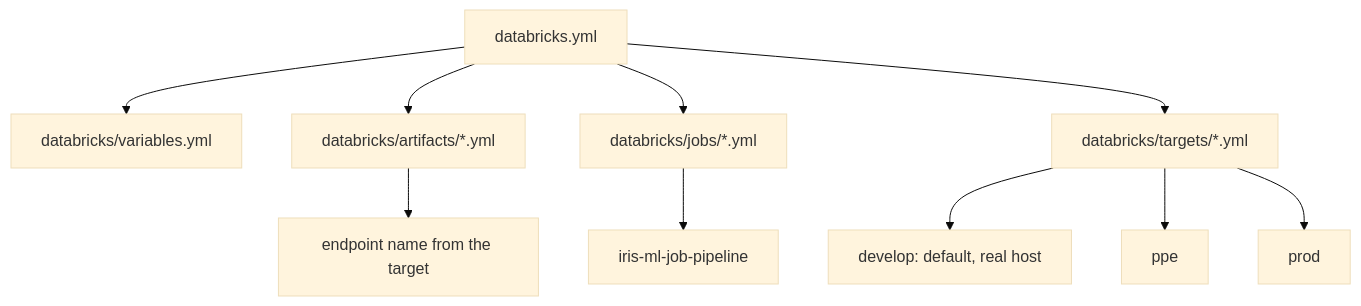
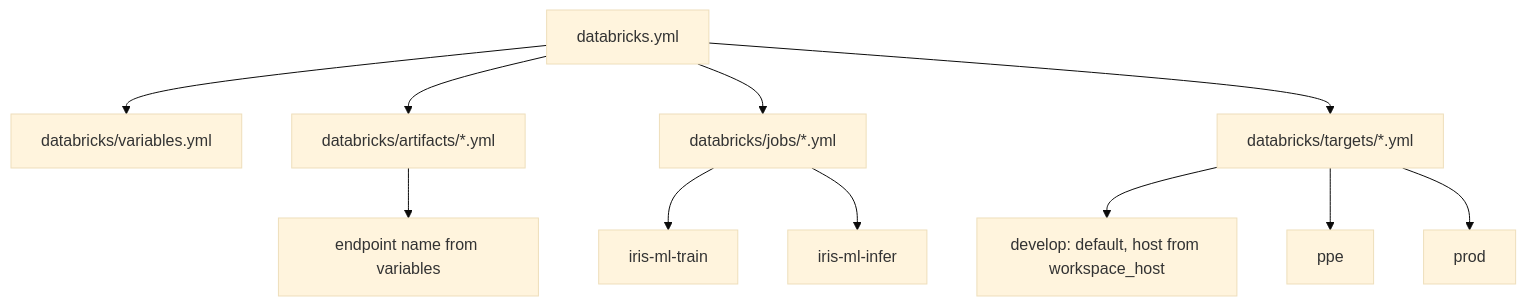
Before and after one commit to akumawavez/iris-ml-prod-test: the first of 4 diagrams in docs/guides/eli25-databricks-productionalisation.md, drawn with Mermaid (base theme). The commit also changed other lines of this file and 20 other files, not shown here.

````diff
--- a/docs/guides/eli25-databricks-productionalisation.md
+++ b/docs/guides/eli25-databricks-productionalisation.md
@@ -37,12 +39,13 @@
 ```mermaid
 flowchart TD
   root["databricks.yml"] --> variables["databricks/variables.yml"]
   root --> artifacts["databricks/artifacts/*.yml"]
   root --> jobs["databricks/jobs/*.yml"]
   root --> targets["databricks/targets/*.yml"]
-  artifacts --> endpoint["endpoint name from the target"]
-  jobs --> pipeline["iris-ml-job-pipeline"]
-  targets --> develop["develop: default, real host"]
+  artifacts --> endpoint["endpoint name from variables"]
+  jobs --> train["iris-ml-train"]
+  jobs --> infer["iris-ml-infer"]
+  targets --> develop["develop: default, host from workspace_host"]
   targets --> ppe["ppe"]
   targets --> prod["prod"]
 ```
````
